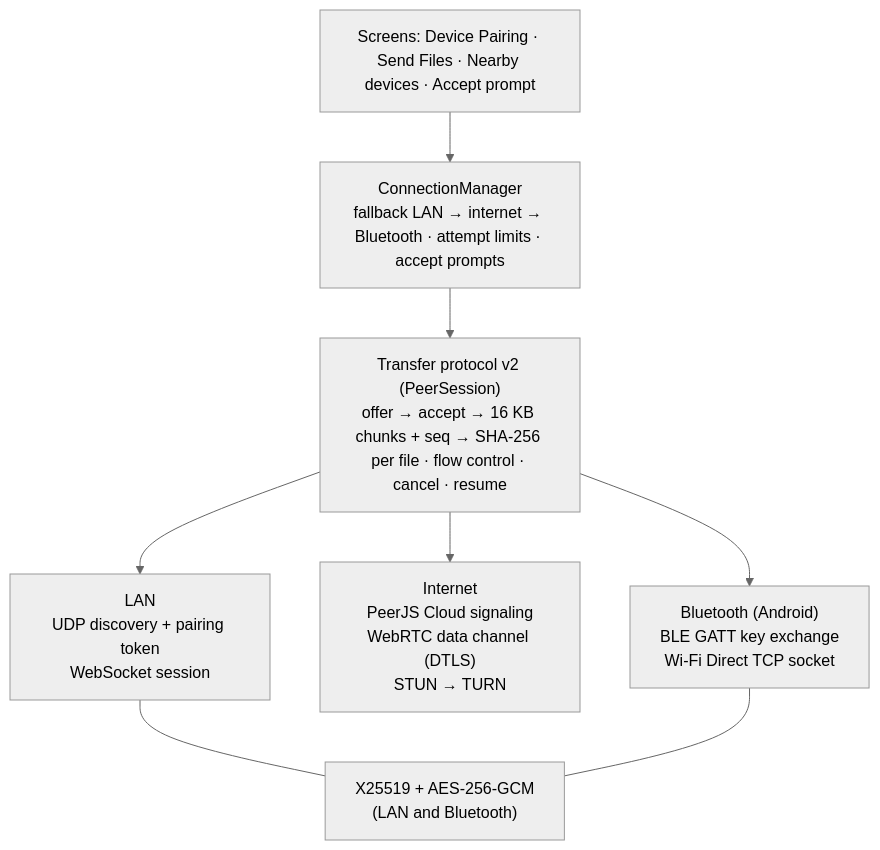
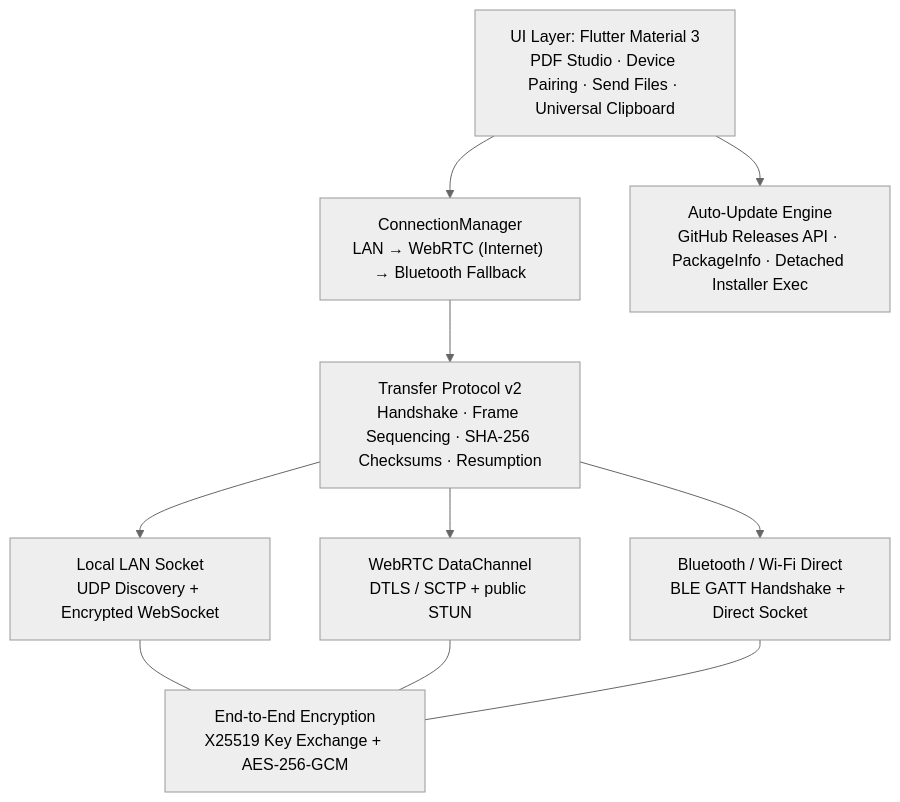
One commit to abhijeetmahakur/QuickShareStudio changed the diagram in README.md. Above: the diagram before and after it, drawn with Mermaid (neutral theme). The commit also changed other lines of this file and 20 other files, not shown here.

````diff
--- a/README.md
+++ b/README.md
@@ -240,14 +200,18 @@
 ```mermaid
 flowchart TB
-  UI["Screens: Device Pairing · Send Files · Nearby devices · Accept prompt"]
-  CM["ConnectionManager<br/>fallback LAN → internet → Bluetooth · attempt limits · accept prompts"]
-  PS["Transfer protocol v2 (PeerSession)<br/>offer → accept → 16 KB chunks + seq → SHA-256 per file · flow control · cancel · resume"]
-  LAN["LAN<br/>UDP discovery + pairing token<br/>WebSocket session"]
-  NET["Internet<br/>PeerJS Cloud signaling<br/>WebRTC data channel (DTLS)<br/>STUN → TURN"]
-  BT["Bluetooth (Android)<br/>BLE GATT key exchange<br/>Wi-Fi Direct TCP socket"]
-  SEC["X25519 + AES-256-GCM<br/>(LAN and Bluetooth)"]
+  UI["UI Layer: Flutter Material 3<br/>PDF Studio · Device Pairing · Send Files · Universal Clipboard"]
+  CM["ConnectionManager<br/>LAN → WebRTC (Internet) → Bluetooth Fallback"]
+  PS["Transfer Protocol v2<br/>Handshake · Frame Sequencing · SHA-256 Checksums · Resumption"]
+  LAN["Local LAN Socket<br/>UDP Discovery + Encrypted WebSocket"]
+  NET["WebRTC DataChannel<br/>DTLS / SCTP + public STUN"]
+  BT["Bluetooth / Wi-Fi Direct<br/>BLE GATT Handshake + Direct Socket"]
+  SEC["End-to-End Encryption<br/>X25519 Key Exchange + AES-256-GCM"]
+  UPD["Auto-Update Engine<br/>GitHub Releases API · PackageInfo · Detached Installer Exec"]
+
   UI --> CM --> PS
   PS --> LAN & NET & BT
   LAN --- SEC
+  NET --- SEC
   BT --- SEC
+  UI --> UPD
 ```
````
